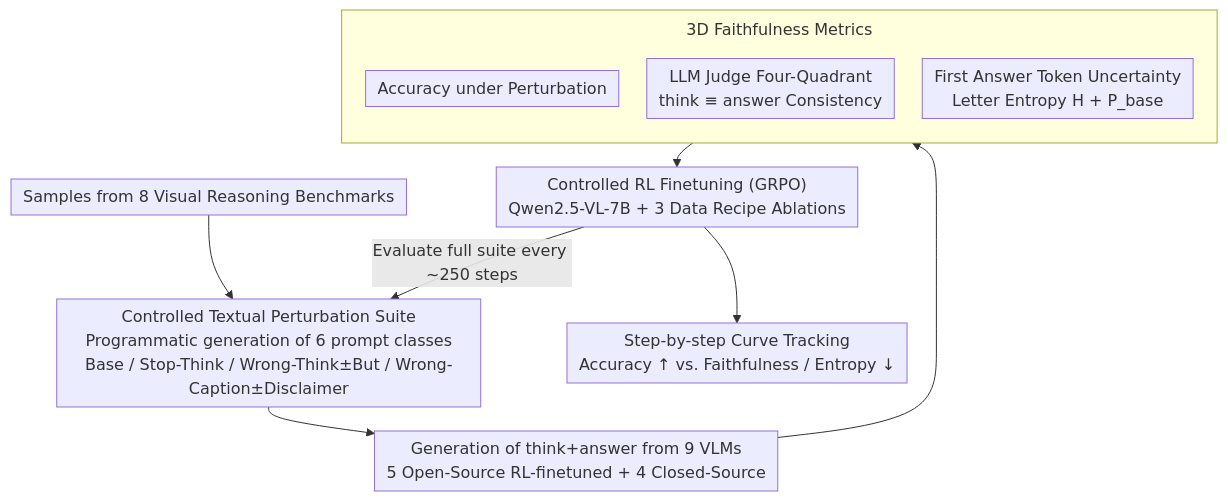
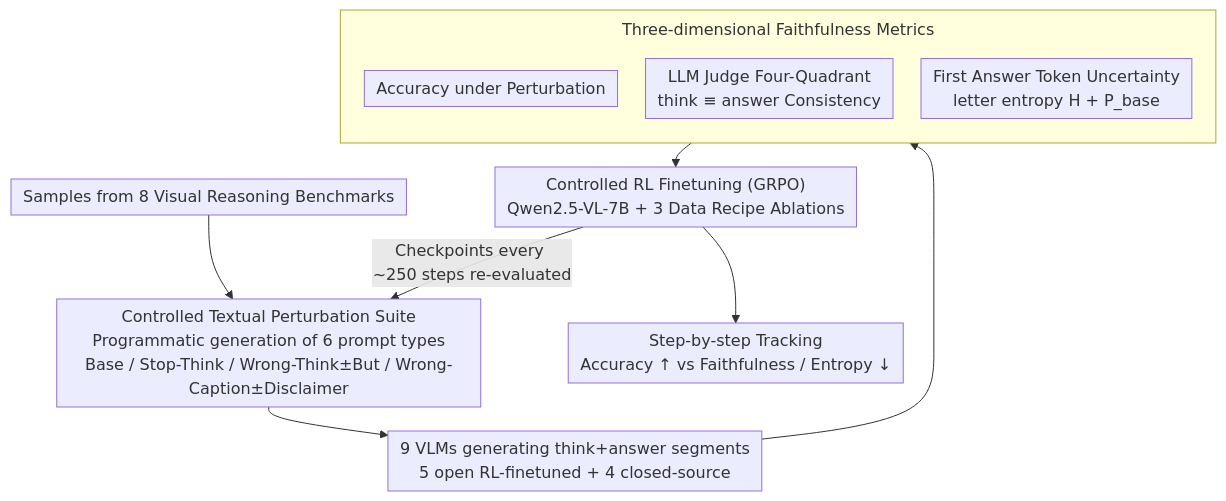
Before and after one commit to zhaoyang97/Paper-Notes-en: the diagram in docs/ICML2026/llm_reasoning/on_robustness_and_chain-of-thought_consistency_of_rl-finetuned_vlms.md, drawn with Mermaid. The commit also changed other lines of this file and 5084 other files, not shown here.

````diff
--- a/docs/ICML2026/llm_reasoning/on_robustness_and_chain-of-thought_consistency_of_rl-finetuned_vlms.md
+++ b/docs/ICML2026/llm_reasoning/on_robustness_and_chain-of-thought_consistency_of_rl-finetuned_vlms.md
@@ -46,16 +46,16 @@
 ```mermaid
 %%{init: {'flowchart': {'rankSpacing': 24, 'nodeSpacing': 28, 'padding': 6, 'wrappingWidth': 400, 'subGraphTitleMargin': {'top': 8, 'bottom': 16}}}}%%
 flowchart TD
-    A["Samples from 8 Visual Reasoning Benchmarks"] --> B["Controlled Textual Perturbation Suite<br/>Programmatic generation of 6 prompt classes<br/>Base / Stop-Think / Wrong-Think±But / Wrong-Caption±Disclaimer"]
-    B --> C["Generation of think+answer from 9 VLMs<br/>5 Open-Source RL-finetuned + 4 Closed-Source"]
+    A["Samples from 8 Visual Reasoning Benchmarks"] --> B["Controlled Textual Perturbation Suite<br/>Programmatic generation of 6 prompt types<br/>Base / Stop-Think / Wrong-Think±But / Wrong-Caption±Disclaimer"]
+    B --> C["9 VLMs generating think+answer segments<br/>5 open RL-finetuned + 4 closed-source"]
     C --> D
-    subgraph D["3D Faithfulness Metrics"]
+    subgraph D["Three-dimensional Faithfulness Metrics"]
         direction TB
         D1["Accuracy under Perturbation"]
         D2["LLM Judge Four-Quadrant<br/>think ≡ answer Consistency"]
-        D3["First Answer Token Uncertainty<br/>Letter Entropy H + P_base"]
+        D3["First Answer Token Uncertainty<br/>letter entropy H + P_base"]
     end
     D --> E["Controlled RL Finetuning (GRPO)<br/>Qwen2.5-VL-7B + 3 Data Recipe Ablations"]
-    E -->|Evaluate full suite every ~250 steps| B
-    E --> F["Step-by-step Curve Tracking<br/>Accuracy ↑ vs. Faithfulness / Entropy ↓"]
+    E -->|Checkpoints every ~250 steps re-evaluated| B
+    E --> F["Step-by-step Tracking<br/>Accuracy ↑ vs Faithfulness / Entropy ↓"]
 ```
````
